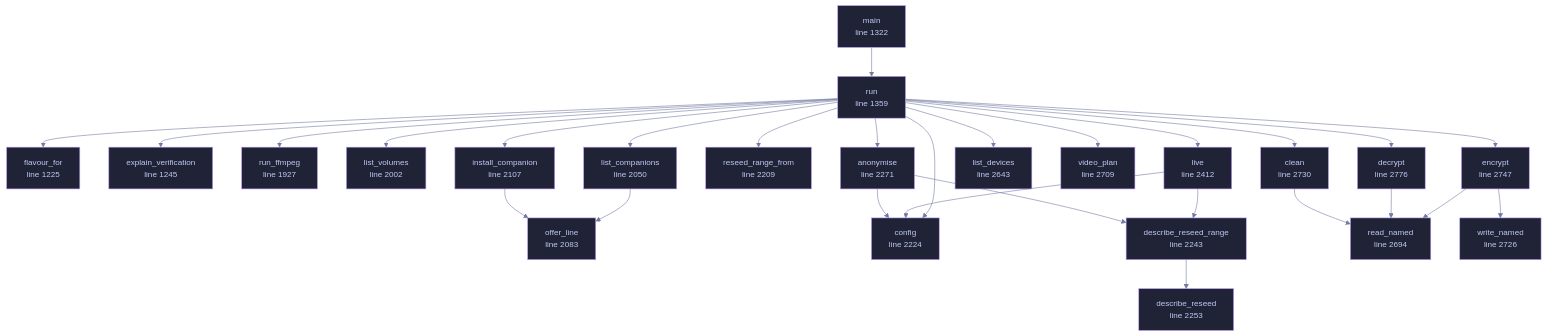
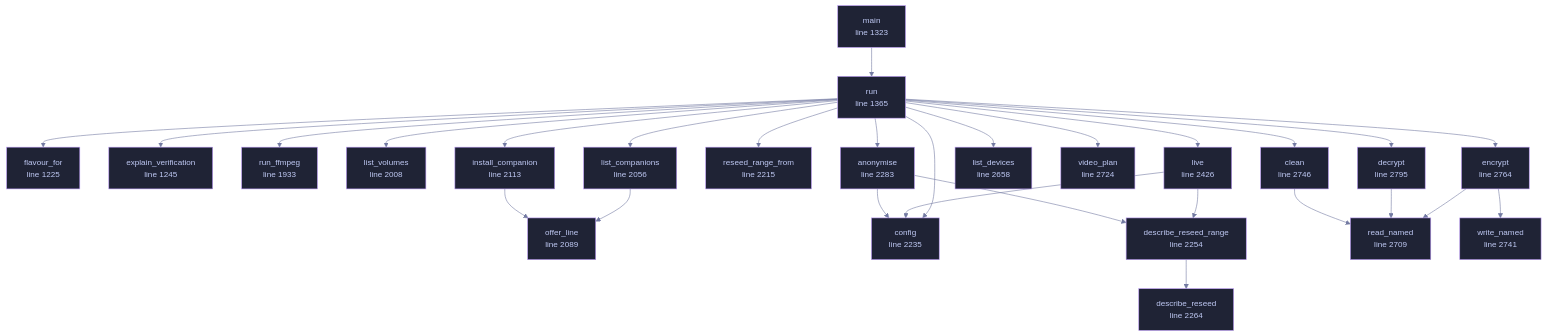
One commit to tilas01/veilvoice changed the diagram in docs/files/veilvoice-cli/main.md. Above: the diagram before and after it, drawn with Mermaid. The commit also changed other lines of this file and 21 other files, not shown here.

````diff
--- a/docs/files/veilvoice-cli/main.md
+++ b/docs/files/veilvoice-cli/main.md
@@ -135,77 +135,77 @@
 ```mermaid
 %%{init: {"theme":"base","themeVariables":{"background":"#1a1b26","primaryColor":"#1f2335","primaryTextColor":"#c0caf5","primaryBorderColor":"#7aa2f7","secondaryColor":"#16161e","tertiaryColor":"#16161e","lineColor":"#737aa2","textColor":"#c0caf5","mainBkg":"#1f2335","nodeBorder":"#7aa2f7","clusterBkg":"#16161e","clusterBorder":"#2f3549","fontFamily":"ui-monospace, SFMono-Regular, Consolas, monospace","fontSize":"14px"}}}%%
 flowchart TD
     n_flavour_for["flavour_for<br/>line 1225"]
     n_explain_verification["explain_verification<br/>line 1245"]
-    n_main["main<br/>line 1322"]
-    n_run["run<br/>line 1359"]
-    n_run_ffmpeg["run_ffmpeg<br/>line 1927"]
-    n_list_volumes["list_volumes<br/>line 2002"]
-    n_list_companions["list_companions<br/>line 2050"]
-    n_offer_line["offer_line<br/>line 2083"]
-    n_install_companion["install_companion<br/>line 2107"]
-    n_reseed_range_from["reseed_range_from<br/>line 2209"]
-    n_config["config<br/>line 2224"]
-    n_describe_reseed_range["describe_reseed_range<br/>line 2243"]
-    n_describe_reseed["describe_reseed<br/>line 2253"]
-    n_anonymise["anonymise<br/>line 2271"]
-    n_live["live<br/>line 2412"]
-    n_list_devices["list_devices<br/>line 2643"]
-    n_read_named["read_named<br/>line 2694"]
-    n_video_plan["video_plan<br/>line 2709"]
-    n_write_named["write_named<br/>line 2726"]
-    n_clean["clean<br/>line 2730"]
-    n_encrypt["encrypt<br/>line 2747"]
-    n_decrypt["decrypt<br/>line 2776"]
+    n_main["main<br/>line 1323"]
+    n_run["run<br/>line 1365"]
+    n_run_ffmpeg["run_ffmpeg<br/>line 1933"]
+    n_list_volumes["list_volumes<br/>line 2008"]
+    n_list_companions["list_companions<br/>line 2056"]
+    n_offer_line["offer_line<br/>line 2089"]
+    n_install_companion["install_companion<br/>line 2113"]
+    n_reseed_range_from["reseed_range_from<br/>line 2215"]
+    n_config["config<br/>line 2235"]
+    n_describe_reseed_range["describe_reseed_range<br/>line 2254"]
+    n_describe_reseed["describe_reseed<br/>line 2264"]
+    n_anonymise["anonymise<br/>line 2283"]
+    n_live["live<br/>line 2426"]
+    n_list_devices["list_devices<br/>line 2658"]
+    n_read_named["read_named<br/>line 2709"]
+    n_video_plan["video_plan<br/>line 2724"]
+    n_write_named["write_named<br/>line 2741"]
+    n_clean["clean<br/>line 2746"]
+    n_encrypt["encrypt<br/>line 2764"]
+    n_decrypt["decrypt<br/>line 2795"]
     n_anonymise --> n_config
     n_anonymise --> n_describe_reseed_range
     n_clean --> n_read_named
     n_decrypt --> n_read_named
     n_describe_reseed_range --> n_describe_reseed
     n_encrypt --> n_read_named
     n_encrypt --> n_write_named
     n_install_companion --> n_offer_line
     n_list_companions --> n_offer_line
     n_live --> n_config
     n_live --> n_describe_reseed_range
     n_main --> n_run
     n_run --> n_anonymise
     n_run --> n_clean
     n_run --> n_config
     n_run --> n_decrypt
     n_run --> n_encrypt
     n_run --> n_explain_verification
     n_run --> n_flavour_for
     n_run --> n_install_companion
     n_run --> n_list_companions
     n_run --> n_list_devices
     n_run --> n_list_volumes
     n_run --> n_live
     n_run --> n_reseed_range_from
     n_run --> n_run_ffmpeg
     n_run --> n_video_plan
     click n_flavour_for href "https://github.com/tilas01/veilvoice/blob/main/crates/veilvoice-cli/src/main.rs#L1225" "open the source"
     click n_explain_verification href "https://github.com/tilas01/veilvoice/blob/main/crates/veilvoice-cli/src/main.rs#L1245" "open the source"
-    click n_main href "https://github.com/tilas01/veilvoice/blob/main/crates/veilvoice-cli/src/main.rs#L1322" "open the source"
-    click n_run href "https://github.com/tilas01/veilvoice/blob/main/crates/veilvoice-cli/src/main.rs#L1359" "open the source"
-    click n_run_ffmpeg href "https://github.com/tilas01/veilvoice/blob/main/crates/veilvoice-cli/src/main.rs#L1927" "open the source"
-    click n_list_volumes href "https://github.com/tilas01/veilvoice/blob/main/crates/veilvoice-cli/src/main.rs#L2002" "open the source"
-    click n_list_companions href "https://github.com/tilas01/veilvoice/blob/main/crates/veilvoice-cli/src/main.rs#L2050" "open the source"
-    click n_offer_line href "https://github.com/tilas01/veilvoice/blob/main/crates/veilvoice-cli/src/main.rs#L2083" "open the source"
-    click n_install_companion href "https://github.com/tilas01/veilvoice/blob/main/crates/veilvoice-cli/src/main.rs#L2107" "open the source"
-    click n_reseed_range_from href "https://github.com/tilas01/veilvoice/blob/main/crates/veilvoice-cli/src/main.rs#L2209" "open the source"
-    click n_config href "https://github.com/tilas01/veilvoice/blob/main/crates/veilvoice-cli/src/main.rs#L2224" "open the source"
-    click n_describe_reseed_range href "https://github.com/tilas01/veilvoice/blob/main/crates/veilvoice-cli/src/main.rs#L2243" "open the source"
-    click n_describe_reseed href "https://github.com/tilas01/veilvoice/blob/main/crates/veilvoice-cli/src/main.rs#L2253" "open the source"
-    click n_anonymise href "https://github.com/tilas01/veilvoice/blob/main/crates/veilvoice-cli/src/main.rs#L2271" "open the source"
-    click n_live href "https://github.com/tilas01/veilvoice/blob/main/crates/veilvoice-cli/src/main.rs#L2412" "open the source"
-    click n_list_devices href "https://github.com/tilas01/veilvoice/blob/main/crates/veilvoice-cli/src/main.rs#L2643" "open the source"
-    click n_read_named href "https://github.com/tilas01/veilvoice/blob/main/crates/veilvoice-cli/src/main.rs#L2694" "open the source"
-    click n_video_plan href "https://github.com/tilas01/veilvoice/blob/main/crates/veilvoice-cli/src/main.rs#L2709" "open the source"
-    click n_write_named href "https://github.com/tilas01/veilvoice/blob/main/crates/veilvoice-cli/src/main.rs#L2726" "open the source"
-    click n_clean href "https://github.com/tilas01/veilvoice/blob/main/crates/veilvoice-cli/src/main.rs#L2730" "open the source"
-    click n_encrypt href "https://github.com/tilas01/veilvoice/blob/main/crates/veilvoice-cli/src/main.rs#L2747" "open the source"
-    click n_decrypt href "https://github.com/tilas01/veilvoice/blob/main/crates/veilvoice-cli/src/main.rs#L2776" "open the source"
+    click n_main href "https://github.com/tilas01/veilvoice/blob/main/crates/veilvoice-cli/src/main.rs#L1323" "open the source"
+    click n_run href "https://github.com/tilas01/veilvoice/blob/main/crates/veilvoice-cli/src/main.rs#L1365" "open the source"
+    click n_run_ffmpeg href "https://github.com/tilas01/veilvoice/blob/main/crates/veilvoice-cli/src/main.rs#L1933" "open the source"
+    click n_list_volumes href "https://github.com/tilas01/veilvoice/blob/main/crates/veilvoice-cli/src/main.rs#L2008" "open the source"
+    click n_list_companions href "https://github.com/tilas01/veilvoice/blob/main/crates/veilvoice-cli/src/main.rs#L2056" "open the source"
+    click n_offer_line href "https://github.com/tilas01/veilvoice/blob/main/crates/veilvoice-cli/src/main.rs#L2089" "open the source"
+    click n_install_companion href "https://github.com/tilas01/veilvoice/blob/main/crates/veilvoice-cli/src/main.rs#L2113" "open the source"
+    click n_reseed_range_from href "https://github.com/tilas01/veilvoice/blob/main/crates/veilvoice-cli/src/main.rs#L2215" "open the source"
+    click n_config href "https://github.com/tilas01/veilvoice/blob/main/crates/veilvoice-cli/src/main.rs#L2235" "open the source"
+    click n_describe_reseed_range href "https://github.com/tilas01/veilvoice/blob/main/crates/veilvoice-cli/src/main.rs#L2254" "open the source"
+    click n_describe_reseed href "https://github.com/tilas01/veilvoice/blob/main/crates/veilvoice-cli/src/main.rs#L2264" "open the source"
+    click n_anonymise href "https://github.com/tilas01/veilvoice/blob/main/crates/veilvoice-cli/src/main.rs#L2283" "open the source"
+    click n_live href "https://github.com/tilas01/veilvoice/blob/main/crates/veilvoice-cli/src/main.rs#L2426" "open the source"
+    click n_list_devices href "https://github.com/tilas01/veilvoice/blob/main/crates/veilvoice-cli/src/main.rs#L2658" "open the source"
+    click n_read_named href "https://github.com/tilas01/veilvoice/blob/main/crates/veilvoice-cli/src/main.rs#L2709" "open the source"
+    click n_video_plan href "https://github.com/tilas01/veilvoice/blob/main/crates/veilvoice-cli/src/main.rs#L2724" "open the source"
+    click n_write_named href "https://github.com/tilas01/veilvoice/blob/main/crates/veilvoice-cli/src/main.rs#L2741" "open the source"
+    click n_clean href "https://github.com/tilas01/veilvoice/blob/main/crates/veilvoice-cli/src/main.rs#L2746" "open the source"
+    click n_encrypt href "https://github.com/tilas01/veilvoice/blob/main/crates/veilvoice-cli/src/main.rs#L2764" "open the source"
+    click n_decrypt href "https://github.com/tilas01/veilvoice/blob/main/crates/veilvoice-cli/src/main.rs#L2795" "open the source"
     classDef helper fill:#1f2335,stroke:#bb9af7,color:#c0caf5
     class n_flavour_for,n_explain_verification,n_main,n_run,n_run_ffmpeg,n_list_volumes,n_list_companions,n_offer_line,n_install_companion,n_reseed_range_from,n_config,n_describe_reseed_range,n_describe_reseed,n_anonymise,n_live,n_list_devices,n_read_named,n_video_plan,n_write_named,n_clean,n_encrypt,n_decrypt helper
 ```
````
